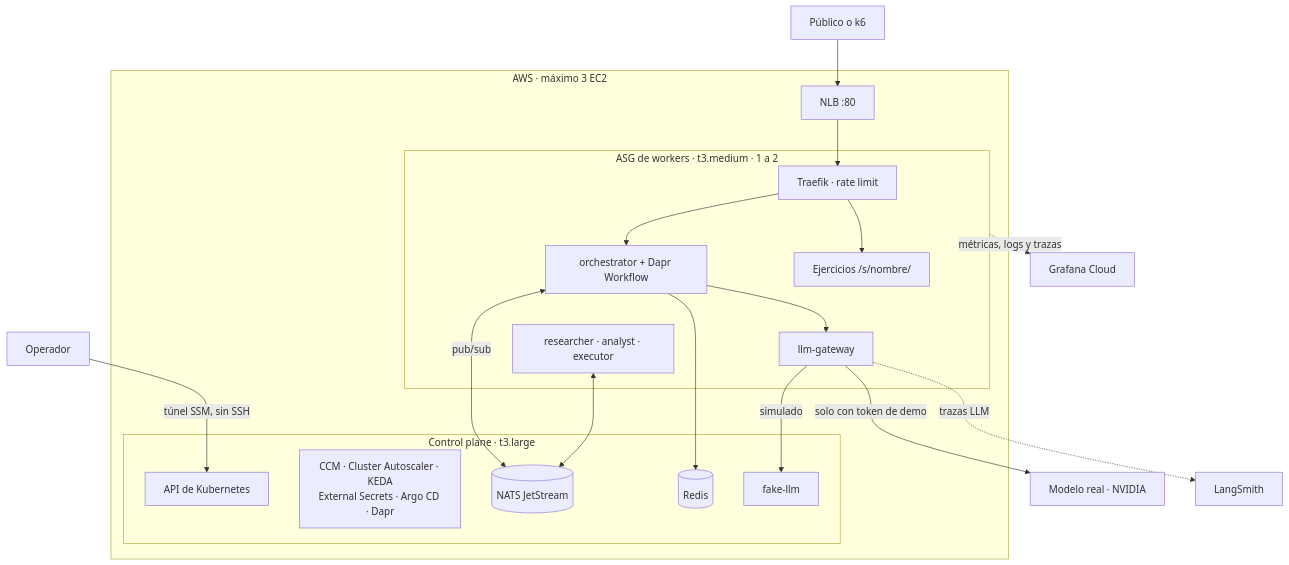
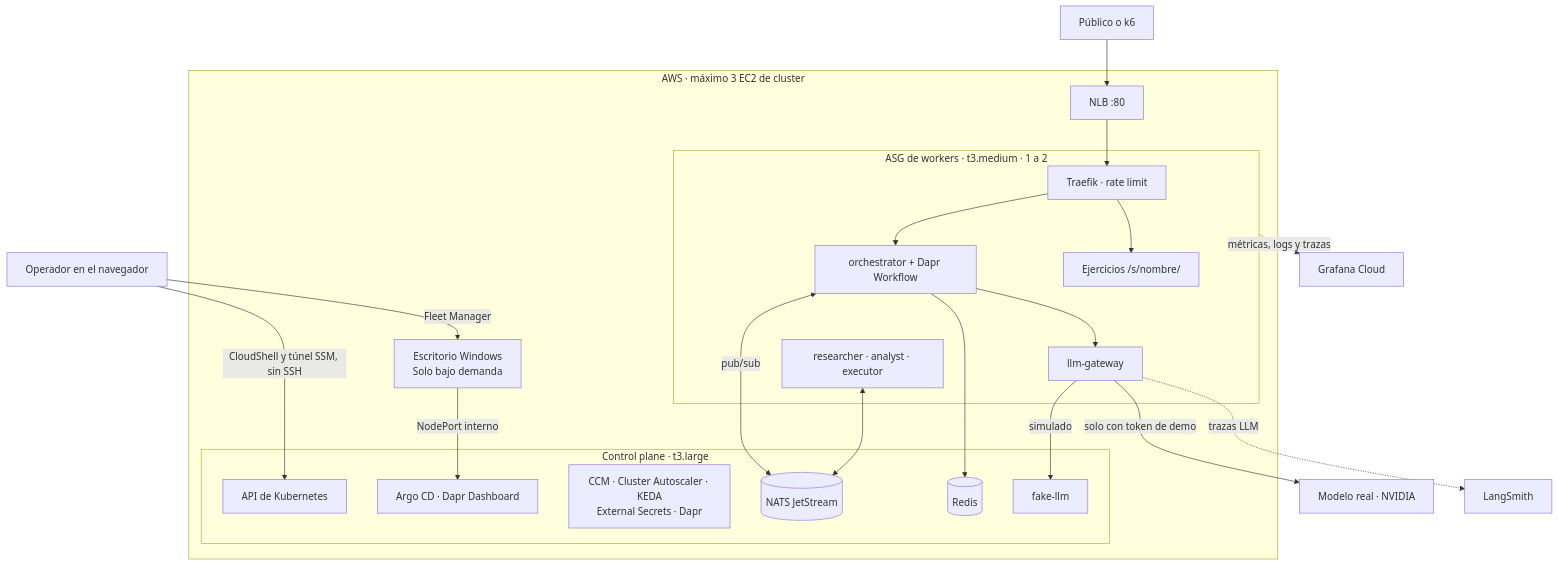
The first of 2 diagrams in README.md (Andresm98/03-agentic-platform-swe), drawn with Mermaid before and after one commit. The commit also changed other lines of this file and 3 other files, not shown here.

````diff
--- a/README.md
+++ b/README.md
@@ -38,36 +43,39 @@
 ```mermaid
 flowchart TB
   user["Público o k6"] --> nlb["NLB :80"]
-  operator["Operador"] -->|"túnel SSM, sin SSH"| api["API de Kubernetes"]
+  operator["Operador en el navegador"] -->|"CloudShell y túnel SSM, sin SSH"| api["API de Kubernetes"]
+  operator -->|"Fleet Manager"| desktop["Escritorio Windows<br/>Solo bajo demanda"]
 
-  subgraph vpc["AWS · máximo 3 EC2"]
+  subgraph vpc["AWS · máximo 3 EC2 de cluster"]
     nlb --> traefik
+    desktop -->|"NodePort interno"| ui["Argo CD · Dapr Dashboard"]
 
     subgraph workers["ASG de workers · t3.medium · 1 a 2"]
       traefik["Traefik · rate limit"]
       orch["orchestrator + Dapr Workflow"]
       agents["researcher · analyst · executor"]
       gw["llm-gateway"]
       student["Ejercicios /s/nombre/"]
     end
 
     subgraph cp["Control plane · t3.large"]
       api
-      platform["CCM · Cluster Autoscaler · KEDA<br/>External Secrets · Argo CD · Dapr"]
+      ui
+      platform["CCM · Cluster Autoscaler · KEDA<br/>External Secrets · Dapr"]
       nats[("NATS JetStream")]
       redis[("Redis")]
       fake["fake-llm"]
     end
   end
 
   traefik --> orch
   traefik --> student
   orch <-->|"pub/sub"| nats
   agents <--> nats
   orch --> redis
   orch --> gw
   gw -->|"simulado"| fake
-  gw -->|"solo con token de demo"| openai["Modelo real · NVIDIA"]
+  gw -->|"solo con token de demo"| model["Modelo real · NVIDIA"]
   gw -.->|"trazas LLM"| langsmith["LangSmith"]
   workers -.->|"métricas, logs y trazas"| grafana["Grafana Cloud"]
 ```
````
